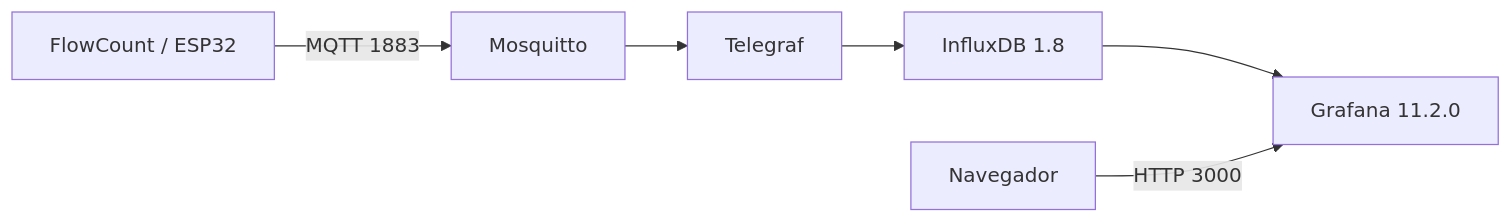
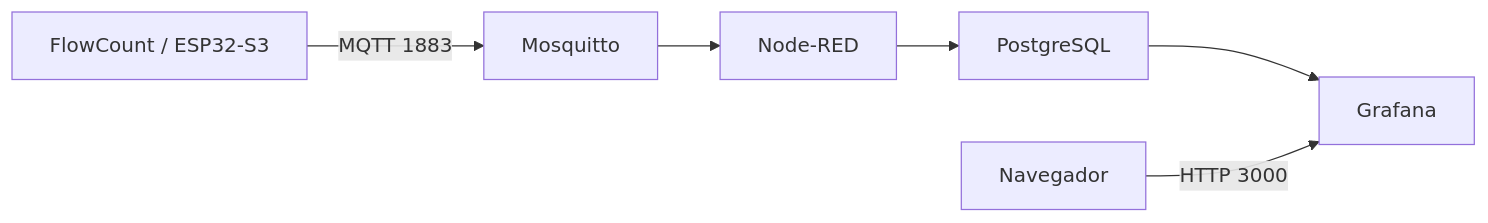
The diagram in docs/raspberry.md (joaohenriquebitu/FlowCount), drawn with Mermaid before and after one commit. The commit also changed other lines of this file and 12 other files, not shown here.

````diff
--- a/docs/raspberry.md
+++ b/docs/raspberry.md
@@ -15,8 +11,8 @@
 ```mermaid
 flowchart LR
-    ESP["FlowCount / ESP32"] -->|MQTT 1883| MOSQ["Mosquitto"]
-    MOSQ --> TELEGRAF["Telegraf"]
-    TELEGRAF --> INFLUX["InfluxDB 1.8"]
-    INFLUX --> GRAFANA["Grafana 11.2.0"]
+    ESP["FlowCount / ESP32-S3"] -->|MQTT 1883| MOSQ["Mosquitto"]
+    MOSQ --> NR["Node-RED"]
+    NR --> PG["PostgreSQL"]
+    PG --> GRAFANA["Grafana"]
     USER["Navegador"] -->|HTTP 3000| GRAFANA
 ```
````
